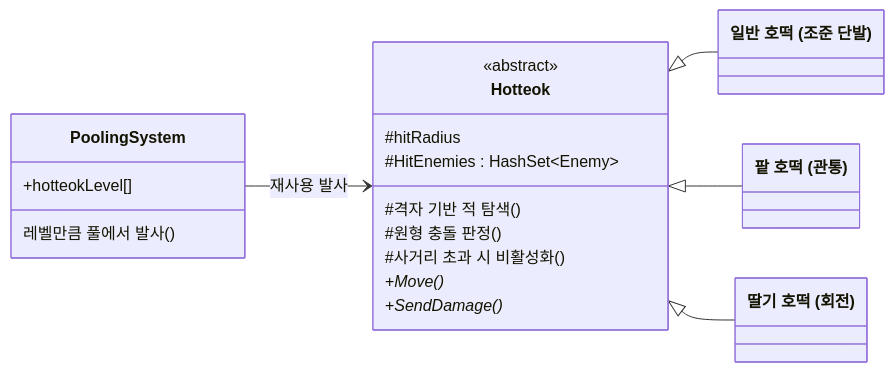
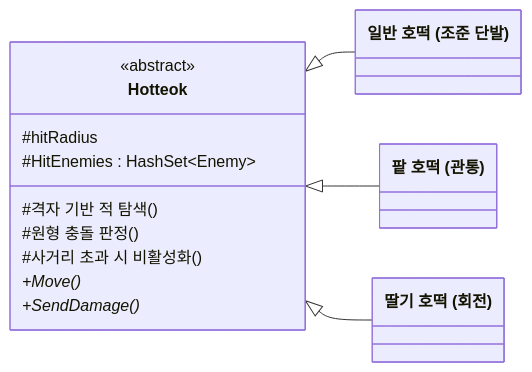
Before and after one commit to tmdrn17/portfolio: the third of 3 diagrams in src/03-hotteok-survivor/기술문서.md, drawn with Mermaid. The commit also changed other lines of this file and 11 other files, not shown here.

````diff
--- a/src/03-hotteok-survivor/기술문서.md
+++ b/src/03-hotteok-survivor/기술문서.md
@@ -64,25 +62,20 @@
 ```mermaid
 classDiagram
   direction LR
   class Hotteok {
     <<abstract>>
     #hitRadius
     #HitEnemies : HashSet~Enemy~
     #격자 기반 적 탐색()
     #원형 충돌 판정()
     #사거리 초과 시 비활성화()
     +Move()*
     +SendDamage()*
   }
   class NormalHotteok["일반 호떡 (조준 단발)"]
   class PatHptteok["팥 호떡 (관통)"]
   class DdalgiHotteok["딸기 호떡 (회전)"]
-  class PoolingSystem {
-    +hotteokLevel[]
-    레벨만큼 풀에서 발사()
-  }
   Hotteok <|-- NormalHotteok
   Hotteok <|-- PatHptteok
   Hotteok <|-- DdalgiHotteok
-  PoolingSystem --> Hotteok : 재사용 발사
 ```
````
